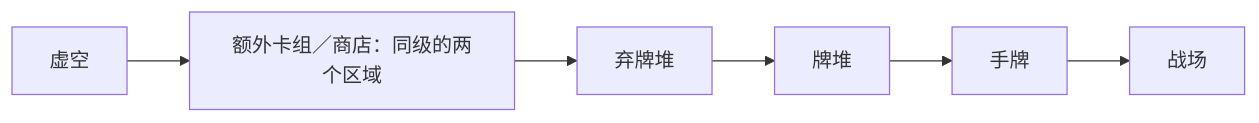
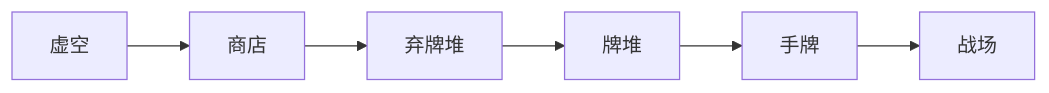
The third of 3 diagrams in docs/rules/common/elements.md (Time-Block-Hero/tbh-website), drawn with Mermaid before and after one commit. The commit also changed other lines of this file and 27 other files, not shown here.

````diff
--- a/docs/rules/common/elements.md
+++ b/docs/rules/common/elements.md
@@ -263,4 +296,4 @@
 ```mermaid
 flowchart LR
-  void["虚空"] --> shop["额外卡组／商店：同级的两个区域"] --> discard["弃牌堆"] --> deck["牌堆"] --> hand["手牌"] --> field["战场"]
+  void["虚空"] --> shop["商店"] --> discard["弃牌堆"] --> deck["牌堆"] --> hand["手牌"] --> field["战场"]
 ```
````
